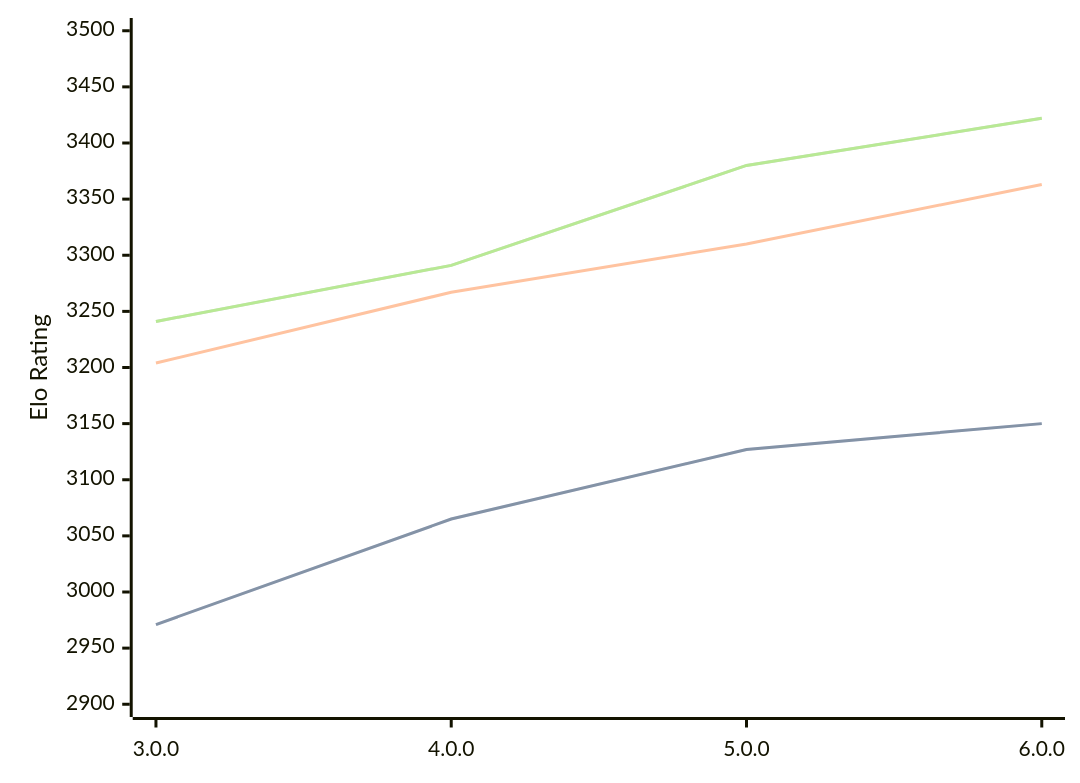
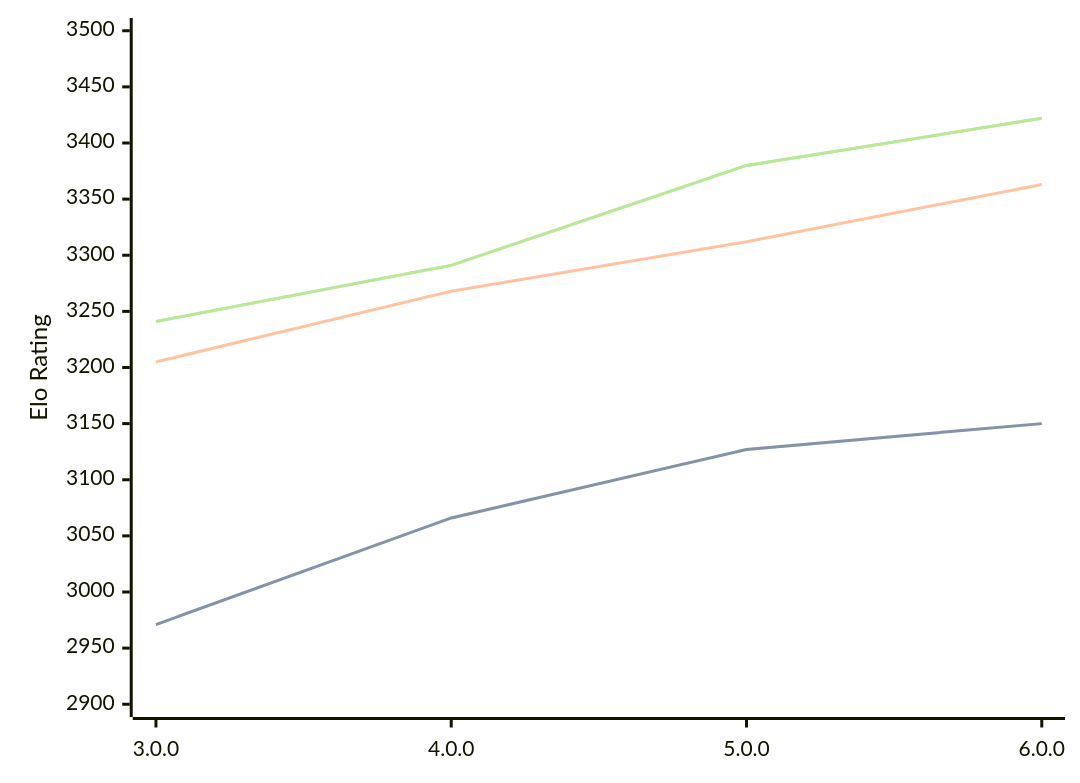
The diagram in engines/Minke.md (computer-chess-index/cci), drawn with Mermaid before and after one commit. The commit also changed other lines of this file, not shown here.

````diff
--- a/engines/Minke.md
+++ b/engines/Minke.md
@@ -34,11 +34,11 @@
 ```mermaid
 %%{init: {"theme":"base","themeVariables":{"seriesColors:['#a3a3a3','#222221','#faa371']}}}%%
 xychart-beta
   x-axis ["3.0.0", "4.0.0", "5.0.0", "6.0.0"]
   y-axis "Elo Rating" 2900 --> 3500
-  line "STC (8.0+0.08s)" [2971, 3065, 3127, 3150]
-  line "STC (8.0+0.08s)" [2971, 3065, 3127, 3150]
-  line "LTC (60.0+0.60s)" [3204, 3267, 3310, 3363]
+  line "STC (8.0+0.08s)" [2971, 3066, 3127, 3150]
+  line "STC (8.0+0.08s)" [2971, 3066, 3127, 3150]
+  line "LTC (60.0+0.60s)" [3205, 3268, 3312, 3363]
   line "VLTC (2m24s+1.12s)" [3241, 3291, 3380, 3422]
   line "VLTC (2m24s+1.12s)" [3241, 3291, 3380, 3422]
 ```
````
